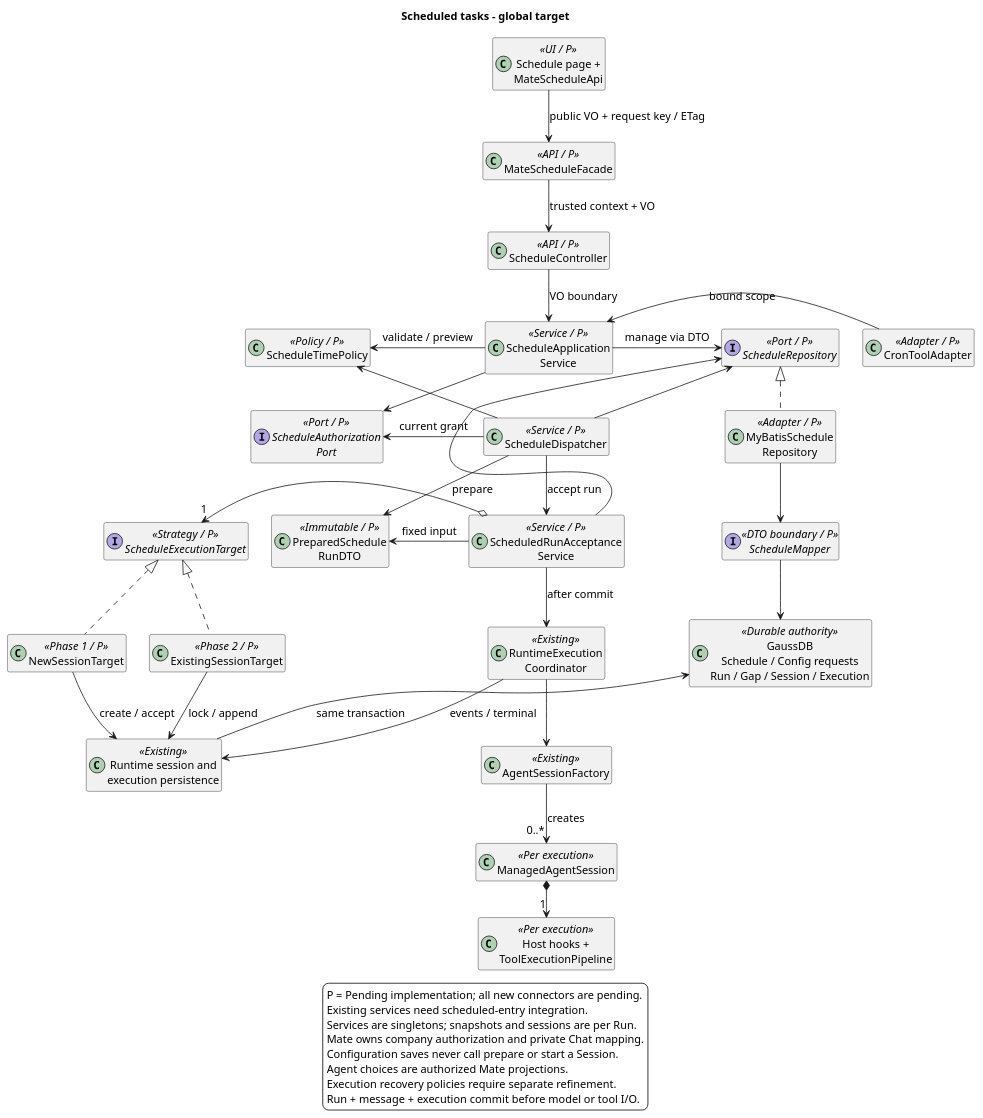
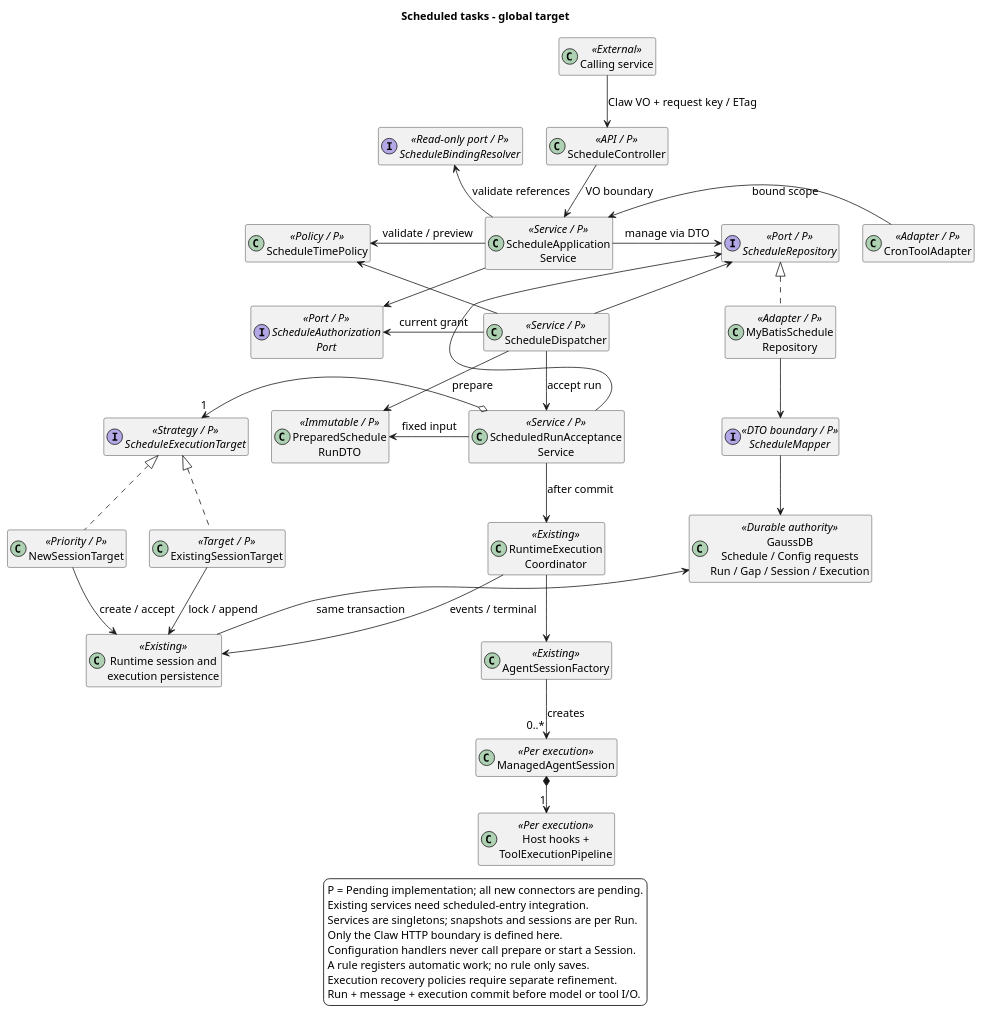
Before and after one commit to ssm0808/pi-mono-java-design: the second of 3 diagrams in 01-总体架构/08-CampusClaw定时任务/diagram.puml, drawn with PlantUML. The commit also changed other lines of this file and 11 other files, not shown here.

Commit message:
docs(schedule): clarify Spring cron and Claw configuration semantics

```diff
--- a/01-总体架构/08-CampusClaw定时任务/diagram.puml
+++ b/01-总体架构/08-CampusClaw定时任务/diagram.puml
@@ -53,80 +53,80 @@
 @startuml scheduled_task_architecture
 ' Baseline: Claude Deployment / Run / Session, checked 2026-09-29, Beta.
 ' Source: modules/cron/src/main/java/com/campusclaw/cron/CronService.java createJob and triggerJob.
 ' Source: modules/coding-agent-cli/src/main/java/com/campusclaw/codingagent/tool/cron/ManagedCronSessionRunner.java execute.
 ' Source: modules/coding-agent-cli/src/main/java/com/campusclaw/codingagent/runtimeapi/event/RuntimeExecutionCoordinator.java start and commitTerminal.
 ' Source: modules/coding-agent-cli/src/main/java/com/campusclaw/codingagent/session/AgentSessionFactory.java create.
 ' Java baseline: 553dcd5e2ff682f9684810a043b442b37a02e54a.
 ' Design reason: preserve API, service, policy, adapter, runtime and durable boundaries.
 ' Architecture change: every P node and every connector is Pending implementation.
 title Scheduled tasks - global target
 skinparam backgroundColor white
 skinparam defaultFontSize 14
 skinparam classAttributeIconSize 0
 skinparam nodesep 30
 skinparam ranksep 45
 hide empty members
-class "Schedule page +\nMateScheduleApi" as Browser <<UI / P>>
-class "MateScheduleFacade" as Mate <<API / P>>
+class "Calling service" as Caller <<External>>
 class "ScheduleController" as Api <<API / P>>
 class "CronToolAdapter" as Tool <<Adapter / P>>
 class "ScheduleApplication\nService" as App <<Service / P>>
 class "ScheduleDispatcher" as Dispatch <<Service / P>>
 interface "ScheduleAuthorization\nPort" as Auth <<Port / P>>
+interface "ScheduleBindingResolver" as Binding <<Read-only port / P>>
 class "ScheduleTimePolicy" as Time <<Policy / P>>
 class "PreparedSchedule\nRunDTO" as Snapshot <<Immutable / P>>
 interface "ScheduleRepository" as Repo <<Port / P>>
 class "MyBatisSchedule\nRepository" as RepoImpl <<Adapter / P>>
 interface "ScheduleMapper" as Mapper <<DTO boundary / P>>
 class "GaussDB\nSchedule / Config requests\nRun / Gap / Session / Execution" as Db <<Durable authority>>
 class "ScheduledRunAcceptance\nService" as Accept <<Service / P>>
 interface "ScheduleExecutionTarget" as Target <<Strategy / P>>
-class "NewSessionTarget" as New <<Phase 1 / P>>
-class "ExistingSessionTarget" as Existing <<Phase 2 / P>>
+class "NewSessionTarget" as New <<Priority / P>>
+class "ExistingSessionTarget" as Existing <<Target / P>>
 class "Runtime session and\nexecution persistence" as Persist <<Existing>>
 class "RuntimeExecution\nCoordinator" as Coordinator <<Existing>>
 class "AgentSessionFactory" as Factory <<Existing>>
 class "ManagedAgentSession" as Session <<Per execution>>
 class "Host hooks +\nToolExecutionPipeline" as Pipeline <<Per execution>>
-Browser -down-> Mate : public VO + request key / ETag
-Mate -down-> Api : trusted context + VO
+Caller -down-> Api : Claw VO + request key / ETag
 Api -down-> App : VO boundary
 Tool -left-> App : bound scope
 App -down[hidden]-> Dispatch
 Time -down[hidden]-> Auth
 Auth -down[hidden]-> Snapshot
 App -left-> Time : validate / preview
 App -right-> Repo : manage via DTO
 App -[norank]-> Auth
+App -up-> Binding : validate references
 Dispatch -down-> Accept : accept run
 Dispatch -left-> Auth : current grant
 Dispatch -[norank]-> Time
 Dispatch -[norank]-> Repo
 Dispatch -[norank]-> Snapshot : prepare
 Accept -left-> Snapshot : fixed input
 Accept -[norank]-> Repo
 Repo <|.. RepoImpl
 RepoImpl -down-> Mapper
 Mapper -down-> Db
 Accept o-left-> "1" Target
 Target <|.. New
 Target <|.. Existing
 New -down-> Persist : create / accept
 Existing -down-> Persist : lock / append
 Persist -[norank]-> Db : same transaction
 Accept -down-> Coordinator : after commit
 Coordinator -[norank]-> Persist : events / terminal
 Coordinator -down-> Factory
 Factory -down-> "0..*" Session : creates
 Session *-down-> "1" Pipeline
 legend bottom
   P = Pending implementation; all new connectors are pending.
   Existing services need scheduled-entry integration.
   Services are singletons; snapshots and sessions are per Run.
-  Mate owns company authorization and private Chat mapping.
-  Configuration saves never call prepare or start a Session.
-  Agent choices are authorized Mate projections.
+  Only the Claw HTTP boundary is defined here.
+  Configuration handlers never call prepare or start a Session.
+  A rule registers automatic work; no rule only saves.
   Execution recovery policies require separate refinement.
   Run + message + execution commit before model or tool I/O.
 endlegend
 @enduml
```
